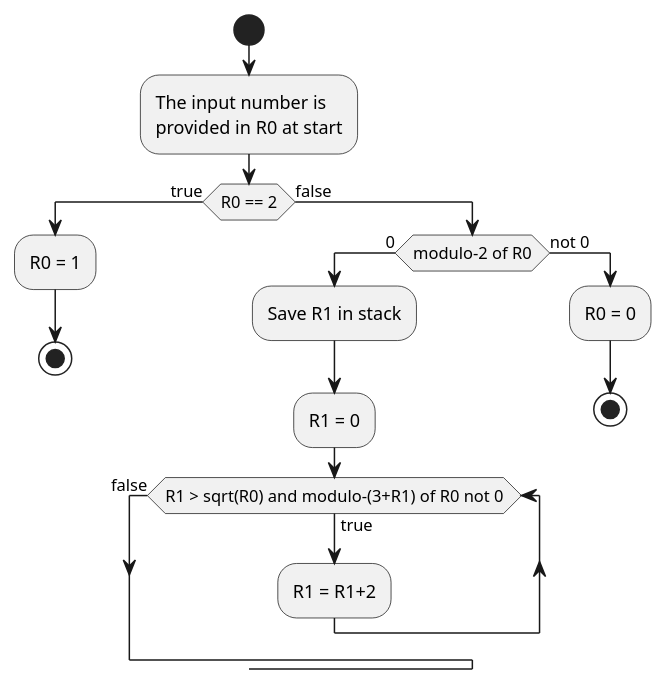
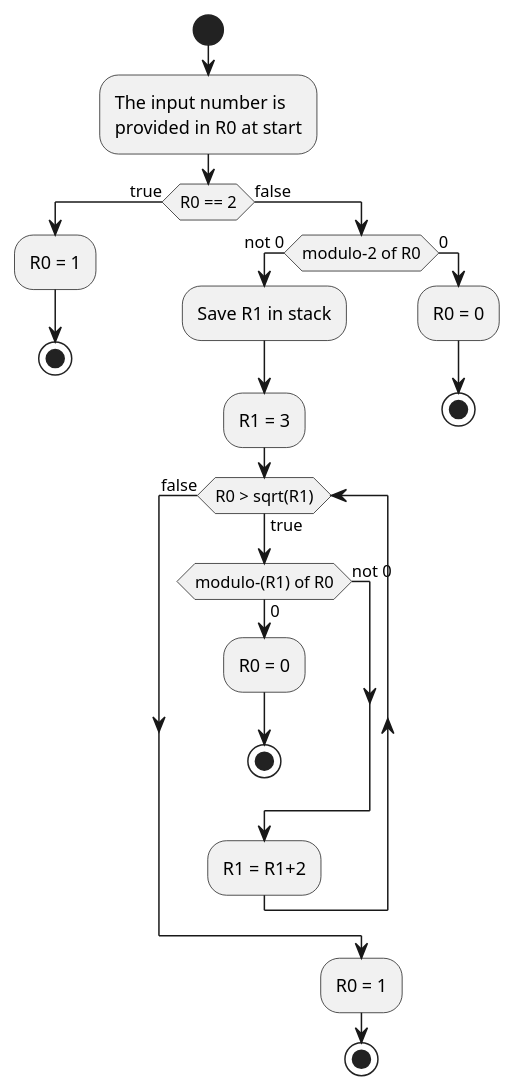
Before and after one commit to DTUSoftware/Machine-Oriented-Programming: the diagram in projects/project_1/assignment_3.puml, drawn with PlantUML. The commit also changed 3 other files, not shown here.

Commit message:
update diagram for assignmet 3

```diff
--- a/projects/project_1/assignment_3.puml
+++ b/projects/project_1/assignment_3.puml
@@ -1,27 +1,35 @@
 @startuml
 'https://plantuml.com/activity-diagram-beta
 
 start
     :The input number is
     provided in R0 at start;
 
 
     if (R0 == 2) then (true)
         :R0 = 1;
         stop
     else (false)
-        if (modulo-2 of R0) then (0);
+        if (modulo-2 of R0) then (not 0);
             :Save R1 in stack;
-            :R1 = 0;
+            :R1 = 3;
 
-            while (R1 > sqrt(R0) and modulo-(3+R1) of R0 not 0) equals (true)
+            while (R0 > sqrt(R1)) equals (true)
+                if (modulo-(R1) of R0) then (not 0)
+                else (0)
+                    :R0 = 0;
+                    stop
+                endif
                 :R1 = R1+2;
             endwhile (false)
-        else (not 0)
+        else (0)
             :R0 = 0;
             stop
         endif
+
+        :R0 = 1;
+        stop
     endif
 
 
 @enduml
```
